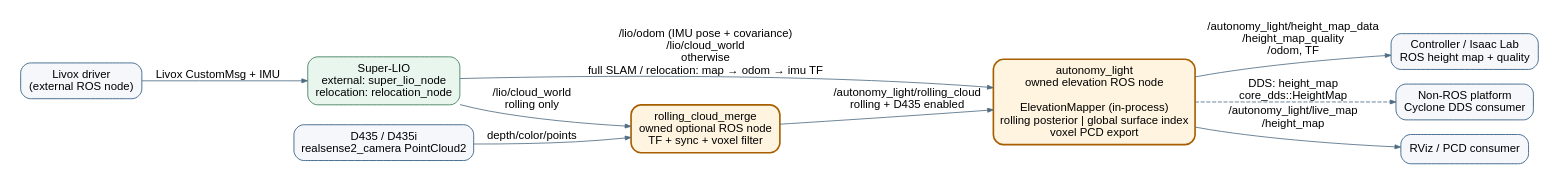
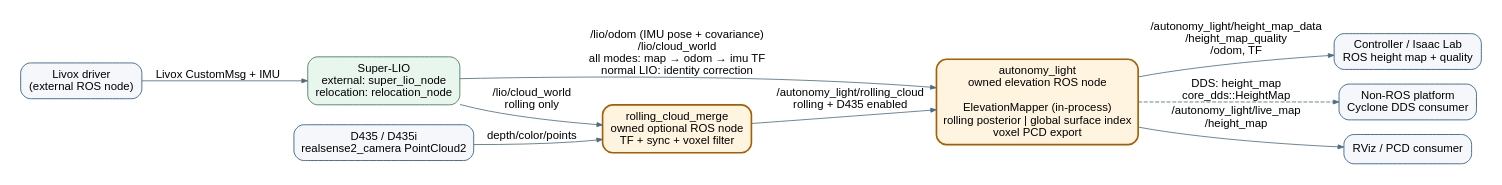
One commit to cocelo-ai/autonomy changed the diagram in docs/software_node_topology.dot. Above: the diagram before and after it, drawn with Graphviz. The commit also changed 12 other files, not shown here.

Commit message:
feat: add map -> odom in lio

```diff
--- a/docs/software_node_topology.dot
+++ b/docs/software_node_topology.dot
@@ -1,28 +1,28 @@
 digraph autonomy_light {
   rankdir=LR;
   graph [fontname="Arial", bgcolor="white", pad="0.25"];
   node [fontname="Arial", shape=box, style="rounded,filled", color="#24527a",
         fillcolor="#edf5fb", margin="0.16,0.10"];
   edge [fontname="Arial", color="#4d6b82", arrowsize="0.7"];
 
   livox [label="Livox driver\n(external ROS node)", fillcolor="#f5f7fa"];
   lio [label="Super-LIO\nexternal: super_lio_node\nrelocation: relocation_node",
        fillcolor="#e9f6ee", color="#32734d"];
   d435 [label="D435 / D435i\nrealsense2_camera PointCloud2", fillcolor="#f5f7fa"];
   merge [label="rolling_cloud_merge\nowned optional ROS node\nTF + sync + voxel filter",
          fillcolor="#fff4df", color="#a65e00", penwidth="2"];
   runtime [label="autonomy_light\nowned elevation ROS node\n\nElevationMapper (in-process)\nrolling posterior | global surface index\nvoxel PCD export",
            fillcolor="#fff4df", color="#a65e00", penwidth="2"];
   control [label="Controller / Isaac Lab\nROS height map + quality", fillcolor="#f5f7fa"];
   dds [label="Non-ROS platform\nCyclone DDS consumer", fillcolor="#f5f7fa"];
   rviz [label="RViz / PCD consumer", fillcolor="#f5f7fa"];
 
   livox -> lio [label="Livox CustomMsg + IMU"];
   lio -> merge [label="/lio/cloud_world\nrolling only"];
   d435 -> merge [label="depth/color/points"];
   merge -> runtime [label="/autonomy_light/rolling_cloud\nrolling + D435 enabled"];
-  lio -> runtime [label="/lio/odom (IMU pose + covariance)\n/lio/cloud_world\notherwise\nfull SLAM / relocation: map → odom → imu TF"];
+  lio -> runtime [label="/lio/odom (IMU pose + covariance)\n/lio/cloud_world\nall modes: map → odom → imu TF\nnormal LIO: identity correction"];
   runtime -> control [label="/autonomy_light/height_map_data\n/height_map_quality\n/odom, TF"];
   runtime -> dds [label="DDS: height_map\ncore_dds::HeightMap", style=dashed];
   runtime -> rviz [label="/autonomy_light/live_map\n/height_map"];
 }
```
